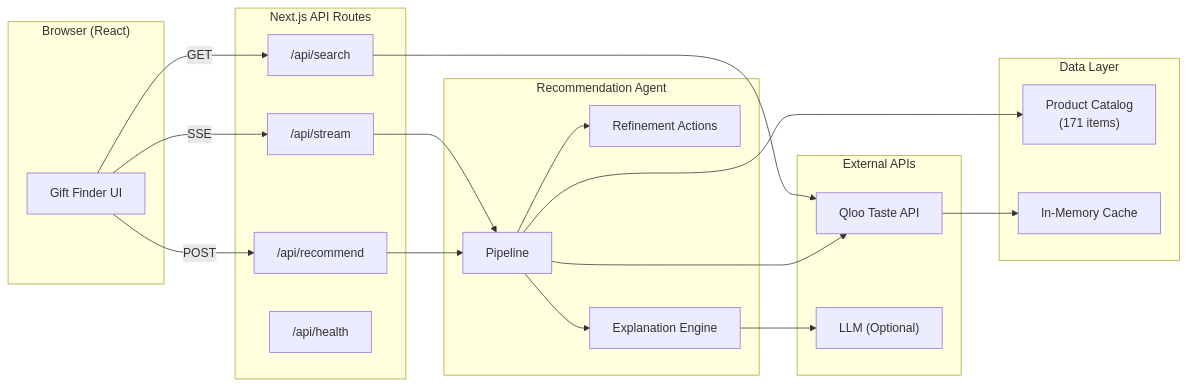
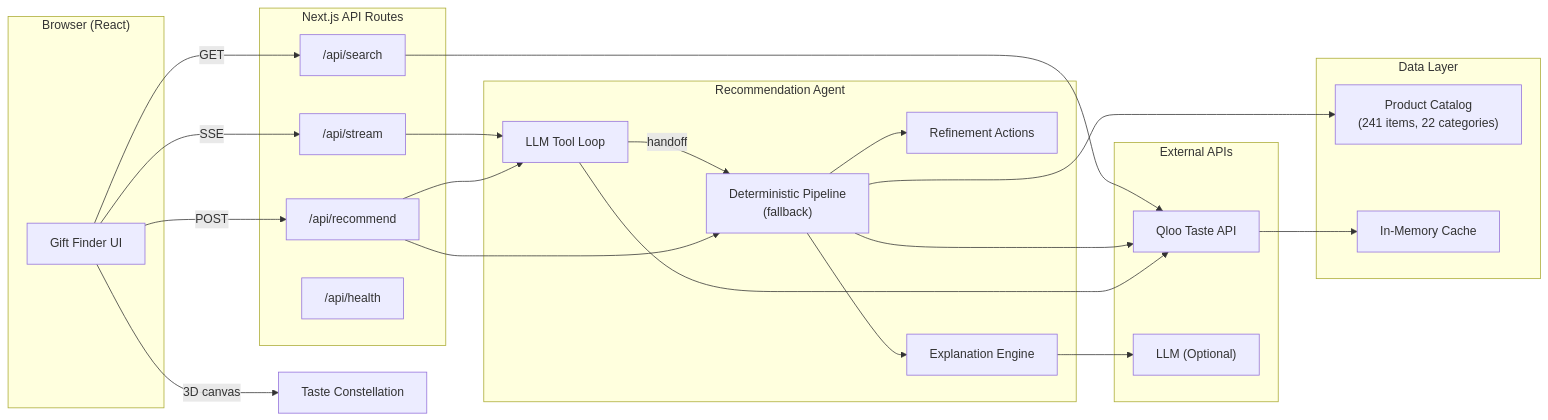
The first of 3 diagrams in README.md (Sajibv1/tasteprint), drawn with Mermaid before and after one commit. The commit also changed other lines of this file, not shown here.

First line of the commit message:
README: document 3D constellation, 241-item catalog, current architecture

````diff
--- a/README.md
+++ b/README.md
@@ -61,42 +65,47 @@
 ```mermaid
 flowchart LR
     subgraph Client["Browser (React)"]
         UI["Gift Finder UI"]
     end
 
     subgraph Server["Next.js API Routes"]
         STREAM["/api/stream"]
         REC["/api/recommend"]
         SEARCH["/api/search"]
         HEALTH["/api/health"]
     end
 
     subgraph Agent["Recommendation Agent"]
-        PIPE["Pipeline"]
+        AGENT["LLM Tool Loop"]
+        PIPE["Deterministic Pipeline\n(fallback)"]
         ACT["Refinement Actions"]
         EXP["Explanation Engine"]
     end
 
     subgraph External["External APIs"]
         QLOO["Qloo Taste API"]
         LLM["LLM (Optional)"]
     end
 
     subgraph Data["Data Layer"]
-        CAT["Product Catalog\n(171 items)"]
+        CAT["Product Catalog\n(241 items, 22 categories)"]
         CACHE["In-Memory Cache"]
     end
 
     UI -->|SSE| STREAM
     UI -->|POST| REC
     UI -->|GET| SEARCH
-    STREAM --> PIPE
+    UI -->|3D canvas| CONST["Taste Constellation"]
+    STREAM --> AGENT
+    AGENT -->|handoff| PIPE
+    REC --> AGENT
     REC --> PIPE
     SEARCH --> QLOO
     PIPE --> ACT
     PIPE --> EXP
     PIPE --> QLOO
     EXP --> LLM
     PIPE --> CAT
+    AGENT --> QLOO
     QLOO --> CACHE
 ```
````
